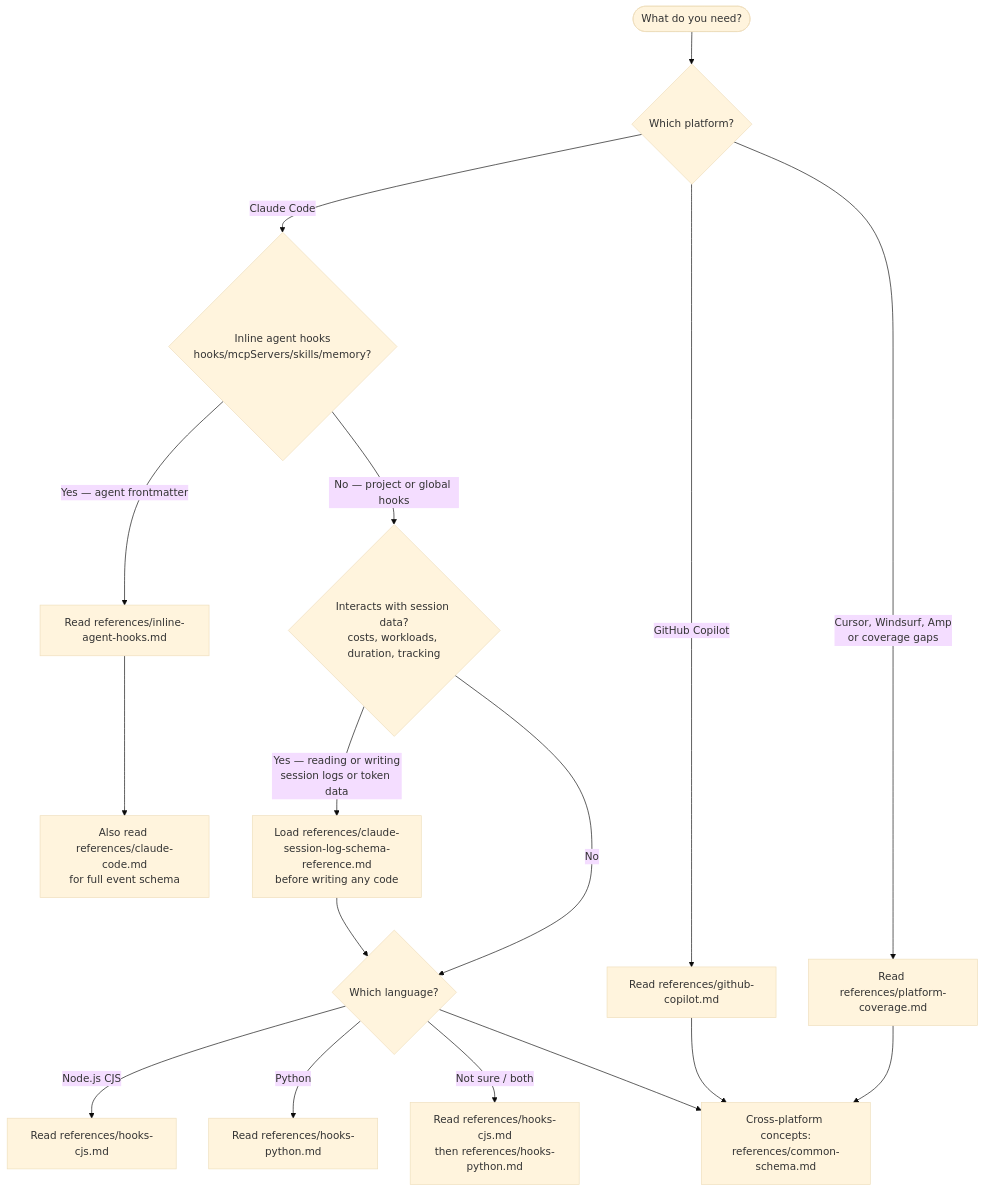
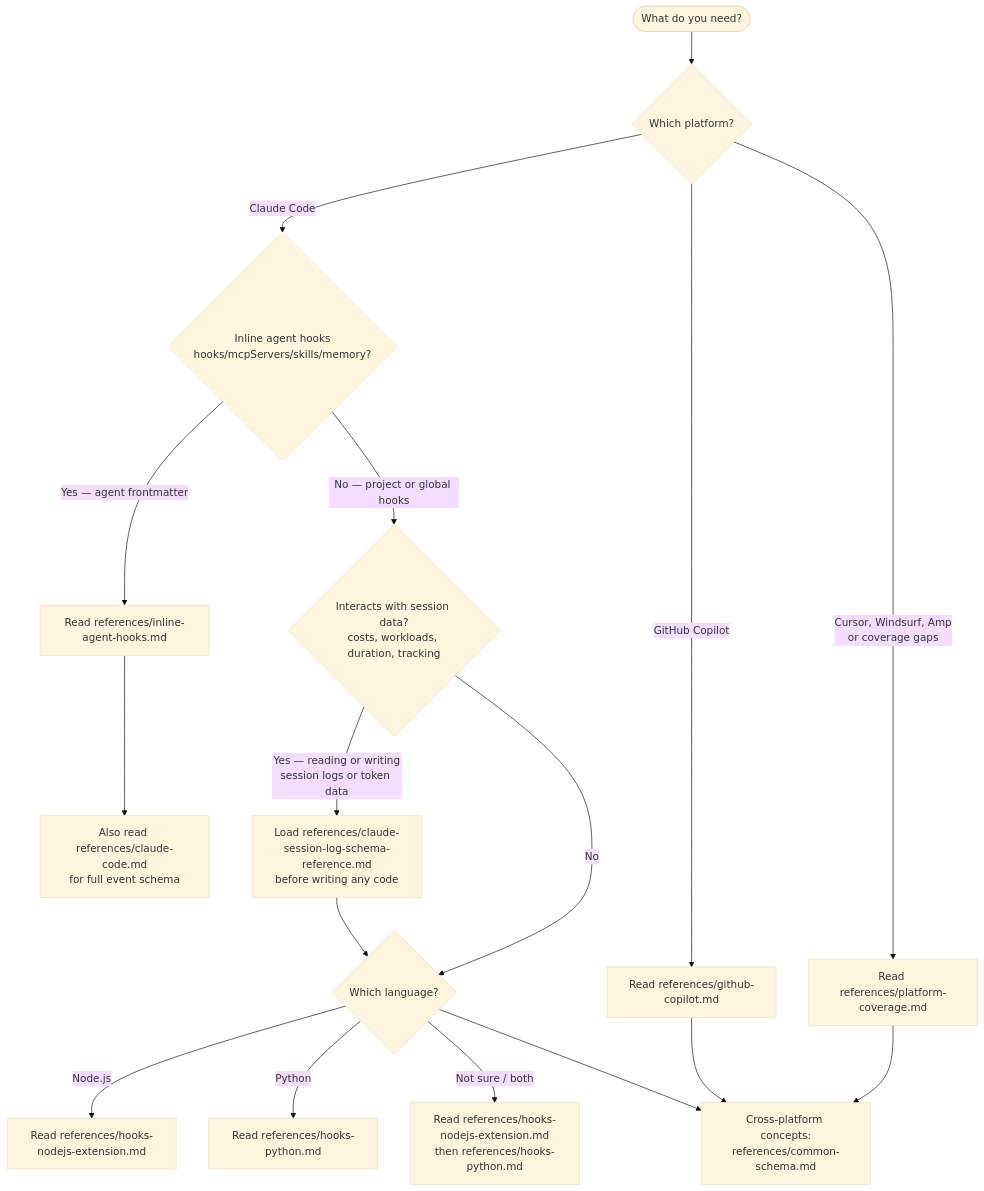
Before and after one commit to chgreer1070/claude_skills: the diagram in plugins/plugin-creator/skills/hooks-guide/SKILL.md, drawn with Mermaid (base theme). The commit also changed other lines of this file and 13 other files, not shown here.

First line of the commit message:
feat(plugin-creator): make hook-creator language-agnostic and fix gate token architecture

````diff
--- a/plugins/plugin-creator/skills/hooks-guide/SKILL.md
+++ b/plugins/plugin-creator/skills/hooks-guide/SKILL.md
@@ -9,24 +9,24 @@
 ```mermaid
 flowchart TD
     Start([What do you need?]) --> Q1{Which platform?}
     Q1 -->|Claude Code| Q2{Inline agent hooks<br>hooks/mcpServers/skills/memory?}
     Q1 -->|GitHub Copilot| Copilot["Read references/github-copilot.md"]
     Q1 -->|Cursor, Windsurf, Amp<br>or coverage gaps| Coverage["Read references/platform-coverage.md"]
 
     Q2 -->|Yes — agent frontmatter| Agent["Read references/inline-agent-hooks.md"]
     Q2 -->|No — project or global hooks| Q3{Interacts with session data?<br>costs, workloads, duration, tracking}
 
     Q3 -->|Yes — reading or writing<br>session logs or token data| SessionSchema["Load references/claude-session-log-schema-reference.md<br>before writing any code"]
     Q3 -->|No| Q4{Which language?}
 
     SessionSchema --> Q4
 
-    Q4 -->|Node.js CJS| CJS["Read references/hooks-cjs.md"]
+    Q4 -->|Node.js| CJS["Read references/hooks-nodejs-extension.md"]
     Q4 -->|Python| Py["Read references/hooks-python.md"]
-    Q4 -->|Not sure / both| Both["Read references/hooks-cjs.md<br>then references/hooks-python.md"]
+    Q4 -->|Not sure / both| Both["Read references/hooks-nodejs-extension.md<br>then references/hooks-python.md"]
 
     Agent --> CC["Also read references/claude-code.md<br>for full event schema"]
     Q4 --> Schema["Cross-platform concepts:<br>references/common-schema.md"]
     Copilot --> Schema
     Coverage --> Schema
 ```
````
